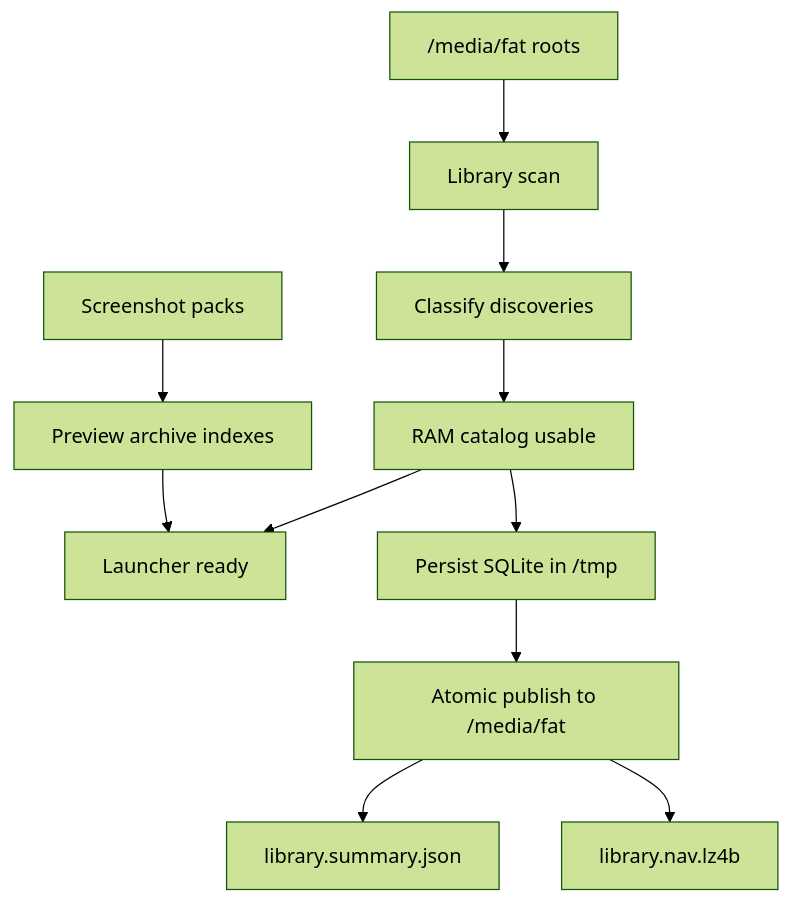
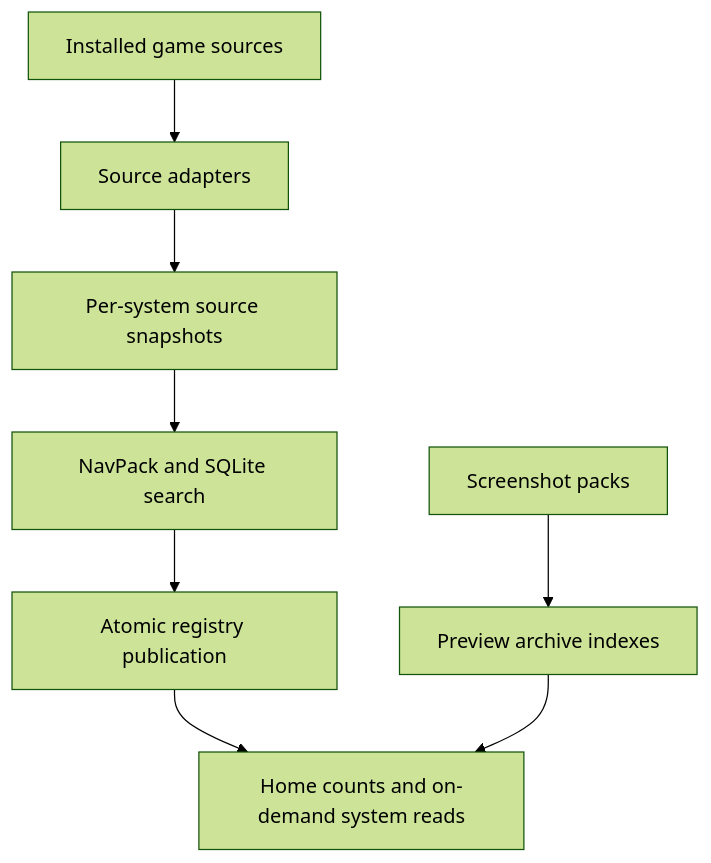
Before and after one commit to NigelBreslaw/MiSTer-MagiK: the diagram in documentation/src/content/docs/architecture/catalog-and-preview.mdx, drawn with Mermaid (forest theme). The commit also changed other lines of this file and 5 other files, not shown here.

````diff
--- a/documentation/src/content/docs/architecture/catalog-and-preview.mdx
+++ b/documentation/src/content/docs/architecture/catalog-and-preview.mdx
@@ -10,13 +10,10 @@
 ```mermaid
 flowchart TD
-  Roots["/media/fat roots"] --> Scan["Library scan"]
-  Scan --> Classify["Classify discoveries"]
-  Classify --> Ram["RAM catalog usable"]
-  Ram --> UI["Launcher ready"]
-  Ram --> SQLite["Persist SQLite in /tmp"]
-  SQLite --> Publish["Atomic publish to /media/fat"]
-  Publish --> Summary["library.summary.json"]
-  Publish --> Nav["library.nav.lz4b"]
+  Roots["Installed game sources"] --> Scan["Source adapters"]
+  Scan --> Snapshot["Per-system source snapshots"]
+  Snapshot --> Artifacts["NavPack and SQLite search"]
+  Artifacts --> Registry["Atomic registry publication"]
+  Registry --> UI["Home counts and on-demand system reads"]
   Packs["Screenshot packs"] --> PreviewIndex["Preview archive indexes"]
   PreviewIndex --> UI
 ```
````
